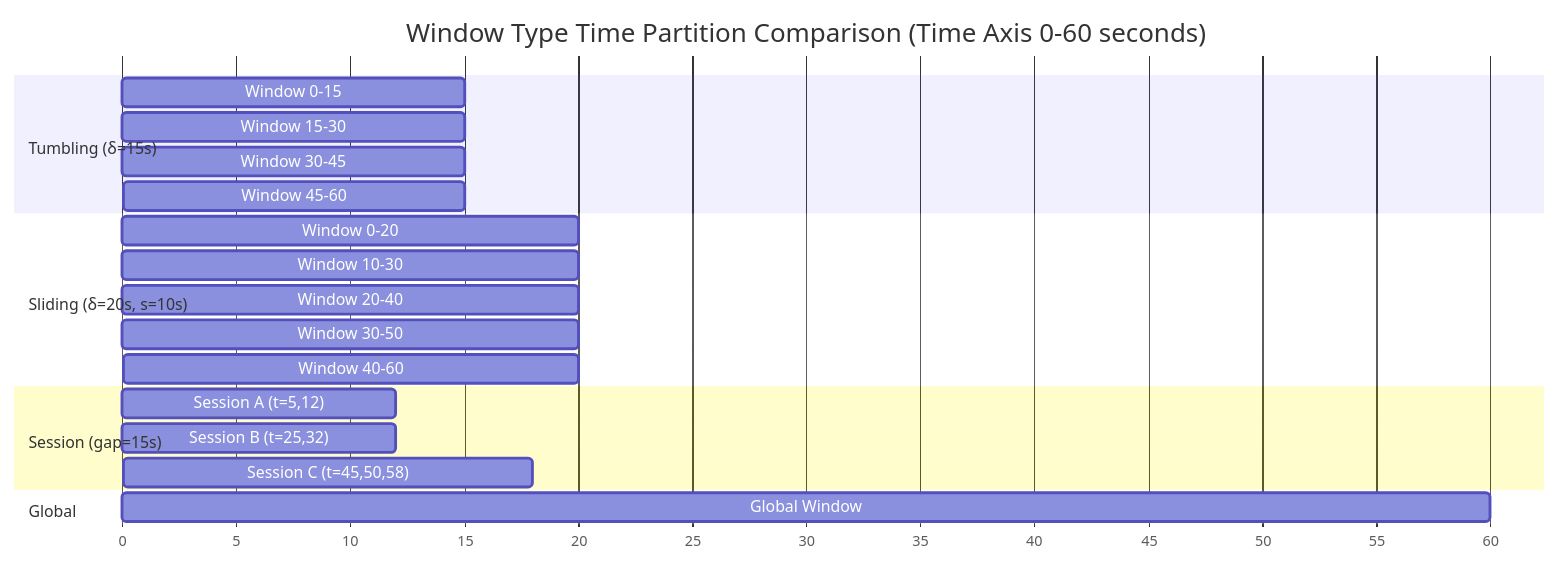
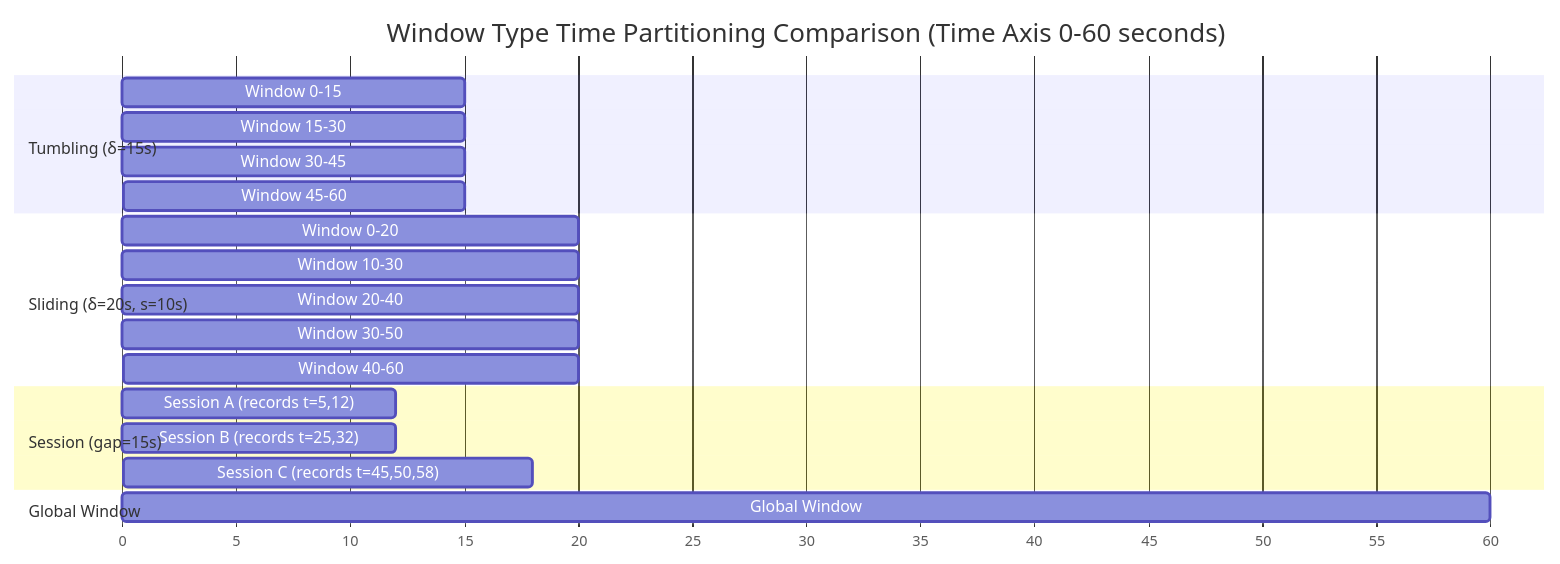
One commit to AdaMartin18010/AnalysisDataFlow changed the first of 2 diagrams in i18n/en/Knowledge/02-design-patterns/pattern-windowed-aggregation-en.md. Above: the diagram before and after it, drawn with Mermaid. The commit also changed other lines of this file and 679 other files, not shown here.

````diff
--- a/i18n/en/Knowledge/02-design-patterns/pattern-windowed-aggregation-en.md
+++ b/i18n/en/Knowledge/02-design-patterns/pattern-windowed-aggregation-en.md
@@ -444,27 +755,27 @@
 ```mermaid
 gantt
-    title Window Type Time Partition Comparison (Time Axis 0-60 seconds)
+    title Window Type Time Partitioning Comparison (Time Axis 0-60 seconds)
     dateFormat X
     axisFormat %s
 
     section Tumbling (δ=15s)
     Window 0-15     : 0, 15
     Window 15-30    : 15, 15
     Window 30-45    : 30, 15
     Window 45-60    : 45, 15
 
     section Sliding (δ=20s, s=10s)
     Window 0-20     : 0, 20
     Window 10-30    : 10, 20
     Window 20-40    : 20, 20
     Window 30-50    : 30, 20
     Window 40-60    : 40, 20
 
     section Session (gap=15s)
-    Session A (t=5,12)   : 5, 12
-    Session B (t=25,32)  : 25, 12
-    Session C (t=45,50,58): 45, 18
+    Session A (records t=5,12)   : 5, 12
+    Session B (records t=25,32)  : 25, 12
+    Session C (records t=45,50,58): 45, 18
 
-    section Global
+    section Global Window
     Global Window   : 0, 60
 ```
````
